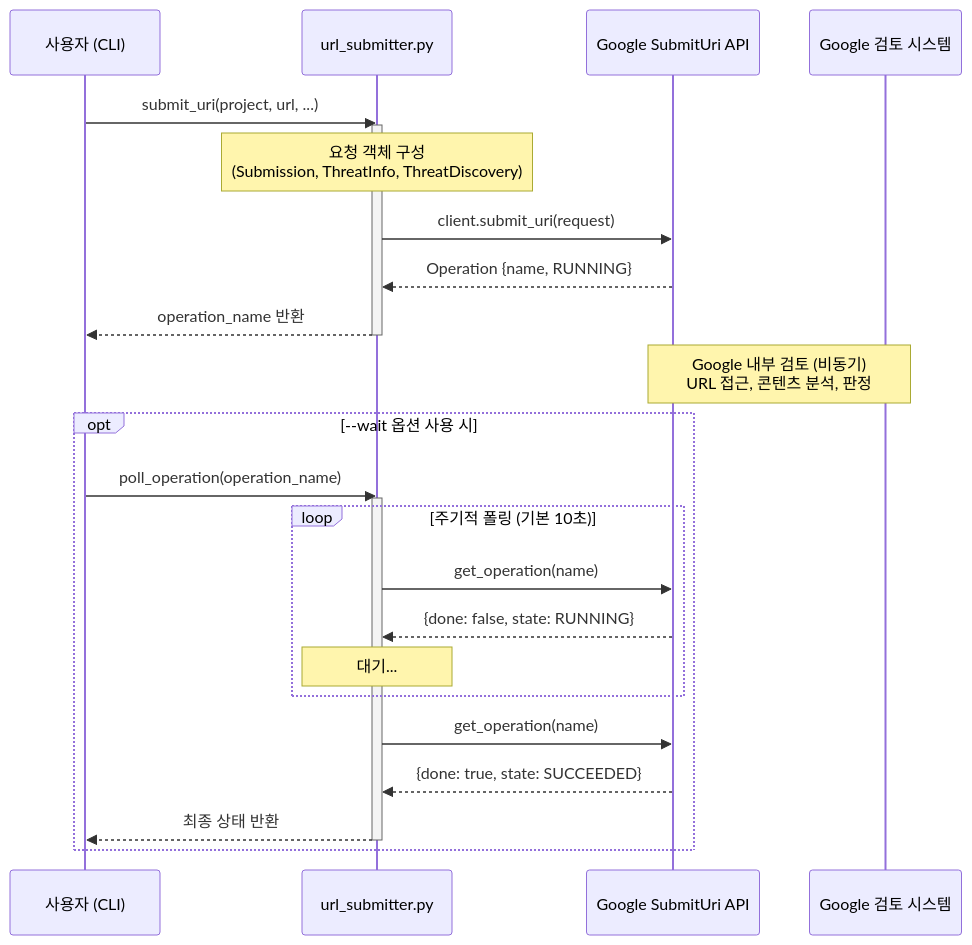
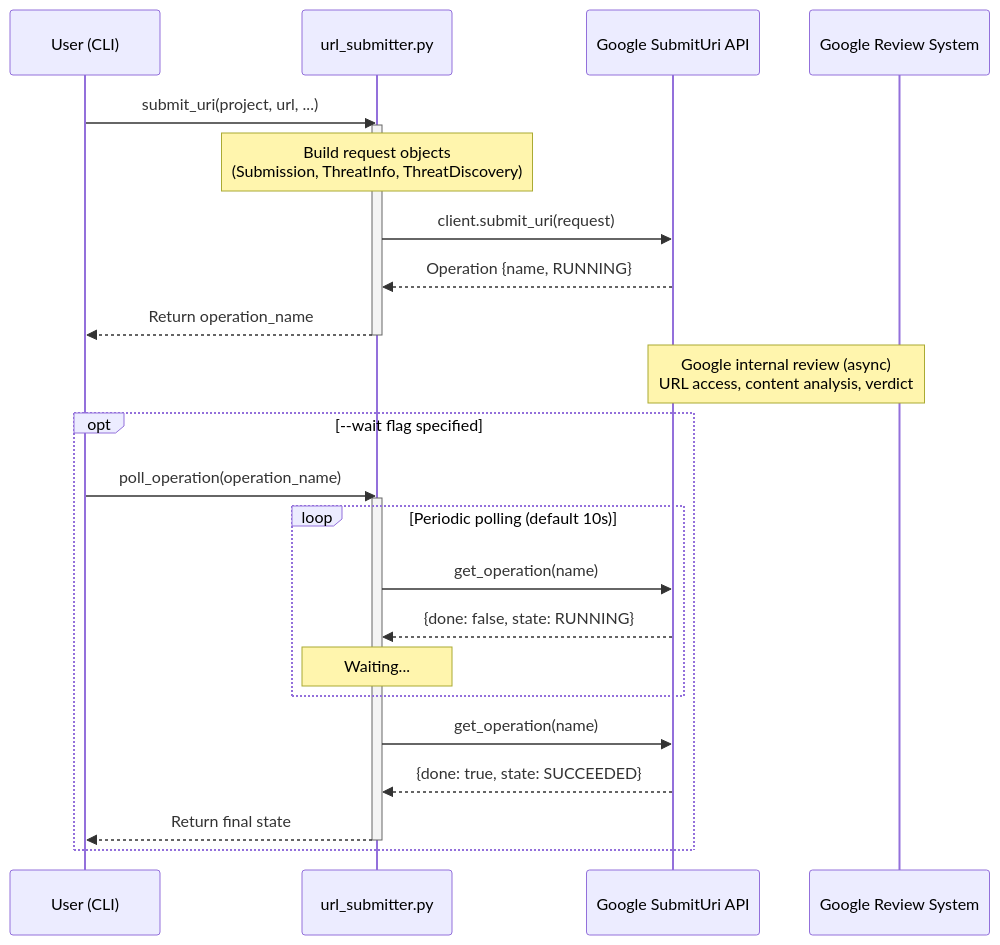
One commit to kataroya/web-risk-cli changed the ninth of 9 diagrams in WORKFLOW_GUIDE.md. Above: the diagram before and after it, drawn with Mermaid. The commit also changed other lines of this file and 6 other files, not shown here.

````diff
--- a/WORKFLOW_GUIDE.md
+++ b/WORKFLOW_GUIDE.md
@@ -992,36 +962,36 @@
 ```mermaid
 sequenceDiagram
-    participant U as 사용자 (CLI)
+    participant U as User (CLI)
     participant S as url_submitter.py
     participant G as Google SubmitUri API
-    participant R as Google 검토 시스템
+    participant R as Google Review System
 
     U->>S: submit_uri(project, url, ...)
     activate S
 
-    Note over S: 요청 객체 구성<br/>(Submission, ThreatInfo, ThreatDiscovery)
+    Note over S: Build request objects<br/>(Submission, ThreatInfo, ThreatDiscovery)
     S->>G: client.submit_uri(request)
     G-->>S: Operation {name, RUNNING}
-    S-->>U: operation_name 반환
+    S-->>U: Return operation_name
 
     deactivate S
 
-    Note over G,R: Google 내부 검토 (비동기)<br/>URL 접근, 콘텐츠 분석, 판정
+    Note over G,R: Google internal review (async)<br/>URL access, content analysis, verdict
 
-    opt --wait 옵션 사용 시
+    opt --wait flag specified
         U->>S: poll_operation(operation_name)
         activate S
 
-        loop 주기적 폴링 (기본 10초)
+        loop Periodic polling (default 10s)
             S->>G: get_operation(name)
             G-->>S: {done: false, state: RUNNING}
-            Note over S: 대기...
+            Note over S: Waiting...
         end
 
         S->>G: get_operation(name)
         G-->>S: {done: true, state: SUCCEEDED}
-        S-->>U: 최종 상태 반환
+        S-->>U: Return final state
 
         deactivate S
     end
 ```
````
